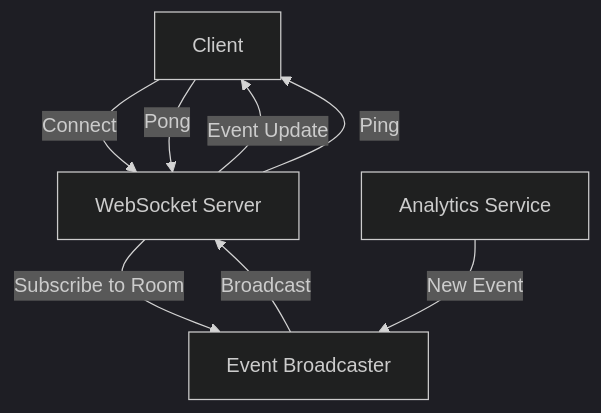
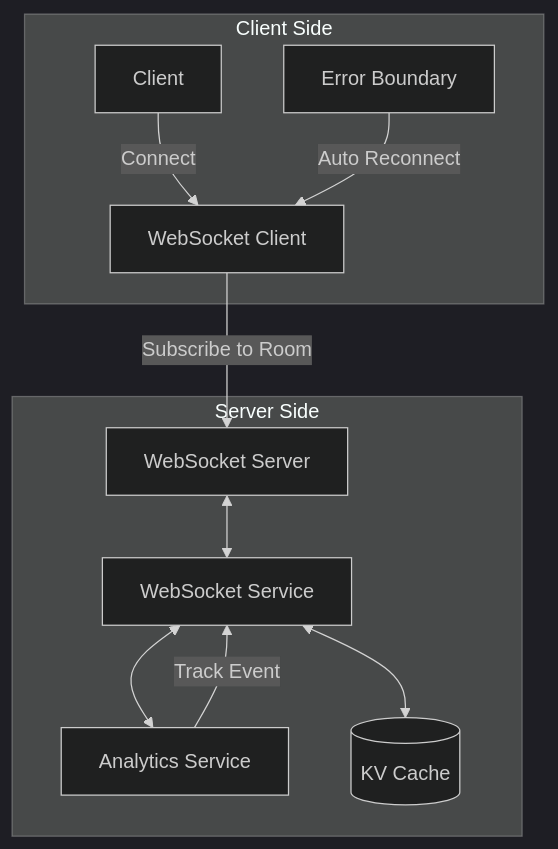
One commit to gokh4nozturk/chop-url changed the fourth of 4 diagrams in docs/analytics/README.md. Above: the diagram before and after it, drawn with Mermaid (dark theme). The commit also changed other lines of this file and 4 other files, not shown here.

````diff
--- a/docs/analytics/README.md
+++ b/docs/analytics/README.md
@@ -17,10 +217,20 @@
 ```mermaid
 graph TD
-    A[Client] -->|Connect| B[WebSocket Server]
-    B -->|Subscribe to Room| C[Event Broadcaster]
-    D[Analytics Service] -->|New Event| C
-    C -->|Broadcast| B
-    B -->|Event Update| A
-    A -->|Pong| B
-    B -->|Ping| A
+    subgraph "Client Side"
+        C[Client] -->|Connect| WS[WebSocket Client]
+        EB[Error Boundary] -->|Auto Reconnect| WS
+    end
+
+    subgraph "Server Side"
+        WSS[WebSocket Server]
+        WService[WebSocket Service]
+        AS[Analytics Service]
+        KV[(KV Cache)]
+    end
+
+    WS -->|Subscribe to Room| WSS
+    WSS <--> WService
+    WService <--> AS
+    WService <--> KV
+    AS -->|Track Event| WService
 ```
````
